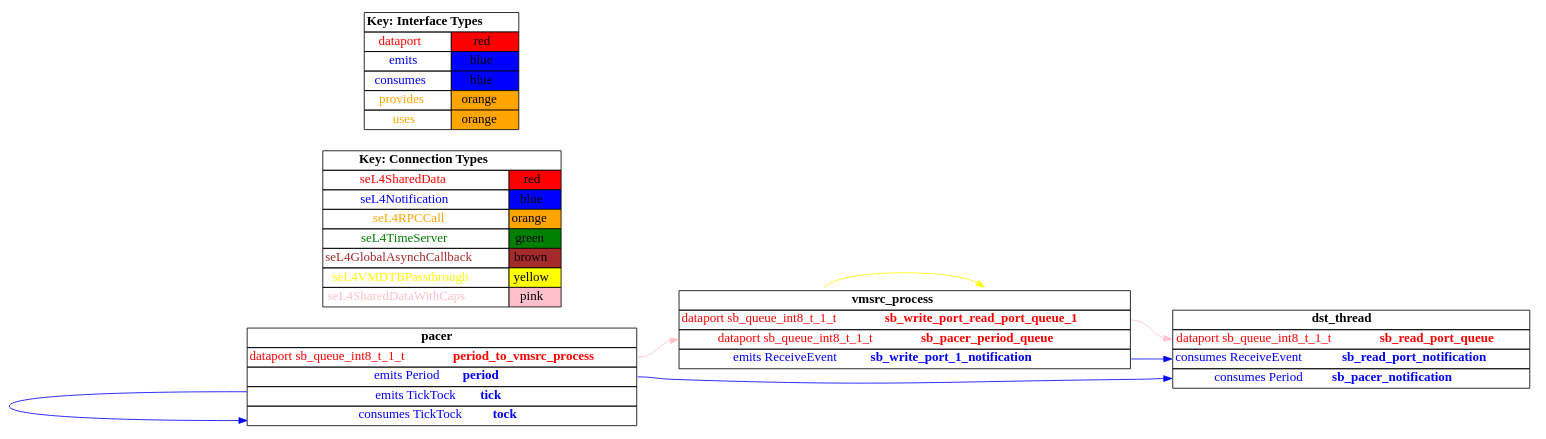
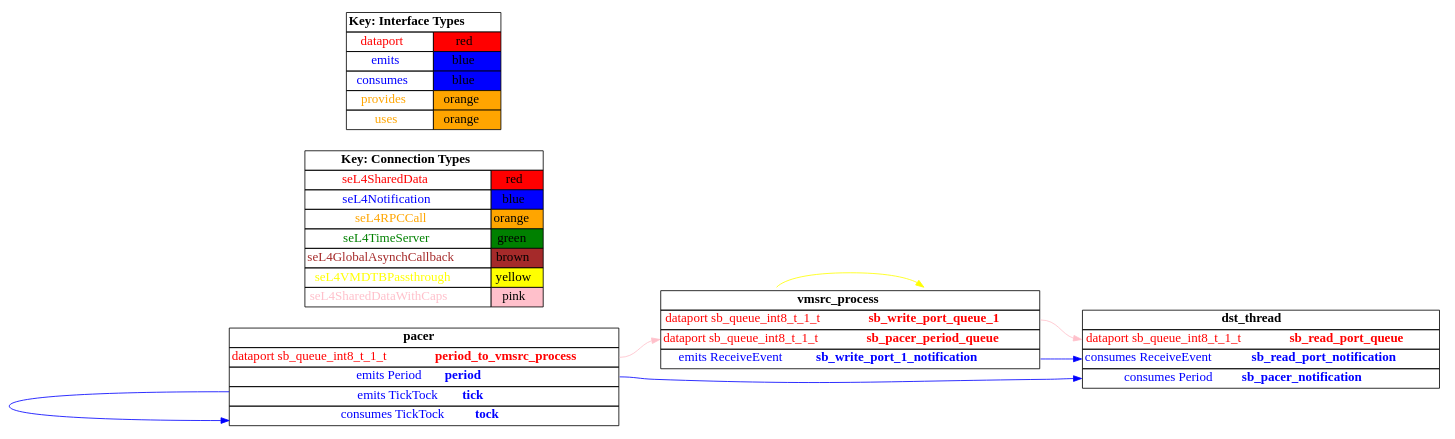
The diagram in TA5/tool-evaluation-4/HAMR/examples/test_event_data_port_periodic_domains_VM/sender_vm/CAmkES_seL4_Only/graph.dot (loonwerks/CASE), drawn with Graphviz before and after one commit. The commit also changed 101 other files, not shown here.

```diff
--- a/TA5/tool-evaluation-4/HAMR/examples/test_event_data_port_periodic_domains_VM/sender_vm/CAmkES_seL4_Only/graph.dot
+++ b/TA5/tool-evaluation-4/HAMR/examples/test_event_data_port_periodic_domains_VM/sender_vm/CAmkES_seL4_Only/graph.dot
@@ -1,116 +1,116 @@
 digraph g {
 graph [
   overlap = false,
   rankdir = "LR"
 ];
 node [
   fontsize = "16",
   shape = "ellipse"
 ];
 edge [
 ];
 
 vmsrc_process [
   label=<
     <TABLE BORDER="0" CELLBORDER="1" CELLSPACING="0">
       <TR><TD><B>vmsrc_process</B></TD></TR>
-      <TR><TD PORT="sb_write_port_read_port_queue_1"><FONT COLOR="red">dataport sb_queue_int8_t_1_t <B>sb_write_port_read_port_queue_1</B></FONT></TD></TR>
+      <TR><TD PORT="sb_write_port_queue_1"><FONT COLOR="red">dataport sb_queue_int8_t_1_t <B>sb_write_port_queue_1</B></FONT></TD></TR>
       <TR><TD PORT="sb_pacer_period_queue"><FONT COLOR="red">dataport sb_queue_int8_t_1_t <B>sb_pacer_period_queue</B></FONT></TD></TR>
       <TR><TD PORT="sb_write_port_1_notification"><FONT COLOR="blue">emits ReceiveEvent <B>sb_write_port_1_notification</B></FONT></TD></TR>"
     </TABLE>
   >
   shape=plaintext
 ];
 
 dst_thread [
   label=<
     <TABLE BORDER="0" CELLBORDER="1" CELLSPACING="0">
       <TR><TD><B>dst_thread</B></TD></TR>
       <TR><TD PORT="sb_read_port_queue"><FONT COLOR="red">dataport sb_queue_int8_t_1_t <B>sb_read_port_queue</B></FONT></TD></TR>
       <TR><TD PORT="sb_read_port_notification"><FONT COLOR="blue">consumes ReceiveEvent <B>sb_read_port_notification</B></FONT></TD></TR>
       <TR><TD PORT="sb_pacer_notification"><FONT COLOR="blue">consumes Period <B>sb_pacer_notification</B></FONT></TD></TR>"
     </TABLE>
   >
   shape=plaintext
 ];
 
 pacer [
   label=<
     <TABLE BORDER="0" CELLBORDER="1" CELLSPACING="0">
       <TR><TD><B>pacer</B></TD></TR>
       <TR><TD PORT="period_to_vmsrc_process"><FONT COLOR="red">dataport sb_queue_int8_t_1_t <B>period_to_vmsrc_process</B></FONT></TD></TR>
       <TR><TD PORT="period"><FONT COLOR="blue">emits Period <B>period</B></FONT></TD></TR>
       <TR><TD PORT="tick"><FONT COLOR="blue">emits TickTock <B>tick</B></FONT></TD></TR>
       <TR><TD PORT="tock"><FONT COLOR="blue">consumes TickTock <B>tock</B></FONT></TD></TR>"
     </TABLE>
   >
   shape=plaintext
 ];
 
 connectiontypekey [
   label=<
    <TABLE BORDER="0" CELLBORDER="1" CELLSPACING="0">
      <TR><TD COLSPAN="2"><B>Key: Connection Types</B></TD></TR>
      <TR><TD><FONT COLOR="red">seL4SharedData</FONT></TD><TD BGCOLOR="red">red</TD></TR>
      <TR><TD><FONT COLOR="blue">seL4Notification</FONT></TD><TD BGCOLOR="blue">blue</TD></TR>
      <TR><TD><FONT COLOR="orange">seL4RPCCall</FONT></TD><TD BGCOLOR="orange">orange</TD></TR>
      <TR><TD><FONT COLOR="green">seL4TimeServer</FONT></TD><TD BGCOLOR="green">green</TD></TR>
      <TR><TD><FONT COLOR="brown">seL4GlobalAsynchCallback</FONT></TD><TD BGCOLOR="brown">brown</TD></TR>
      <TR><TD><FONT COLOR="yellow">seL4VMDTBPassthrough</FONT></TD><TD BGCOLOR="yellow">yellow</TD></TR>
      <TR><TD><FONT COLOR="pink">seL4SharedDataWithCaps</FONT></TD><TD BGCOLOR="pink">pink</TD></TR>
    </TABLE>
   >
   shape=plaintext
 ];
 
 interfacetypekey [
   label=<
    <TABLE BORDER="0" CELLBORDER="1" CELLSPACING="0">
      <TR><TD COLSPAN="2"><B>Key: Interface Types</B></TD></TR>
      <TR><TD><FONT COLOR="red">dataport</FONT></TD><TD BGCOLOR="red">red</TD></TR>
      <TR><TD><FONT COLOR="blue">emits</FONT></TD><TD BGCOLOR="blue">blue</TD></TR>
      <TR><TD><FONT COLOR="blue">consumes</FONT></TD><TD BGCOLOR="blue">blue</TD></TR>
      <TR><TD><FONT COLOR="orange">provides</FONT></TD><TD BGCOLOR="orange">orange</TD></TR>
      <TR><TD><FONT COLOR="orange">uses</FONT></TD><TD BGCOLOR="orange">orange</TD></TR>
    </TABLE>
   >
   shape=plaintext
 ];
 
 "vmsrc_process":dtb_self -> "vmsrc_process":dtb [
   color="yellow"
   //label = "seL4VMDTBPassthrough"
   id = conn1
 ];
 
 "vmsrc_process":sb_write_port_1_notification -> "dst_thread":sb_read_port_notification [
   color="blue"
   //label = "seL4Notification"
   id = conn2
 ];
 
-"vmsrc_process":sb_write_port_read_port_queue_1 -> "dst_thread":sb_read_port_queue [
+"vmsrc_process":sb_write_port_queue_1 -> "dst_thread":sb_read_port_queue [
   color="pink"
   //label = "seL4SharedDataWithCaps"
   id = conn3
 ];
 
 "pacer":tick -> "pacer":tock [
   color="blue"
   //label = "seL4Notification"
   id = conn4
 ];
 
 "pacer":period_to_vmsrc_process -> "vmsrc_process":sb_pacer_period_queue [
   color="pink"
   //label = "seL4SharedDataWithCaps"
   id = conn5
 ];
 
 "pacer":period -> "dst_thread":sb_pacer_notification [
   color="blue"
   //label = "seL4Notification"
   id = conn6
 ];
 
 }
```
